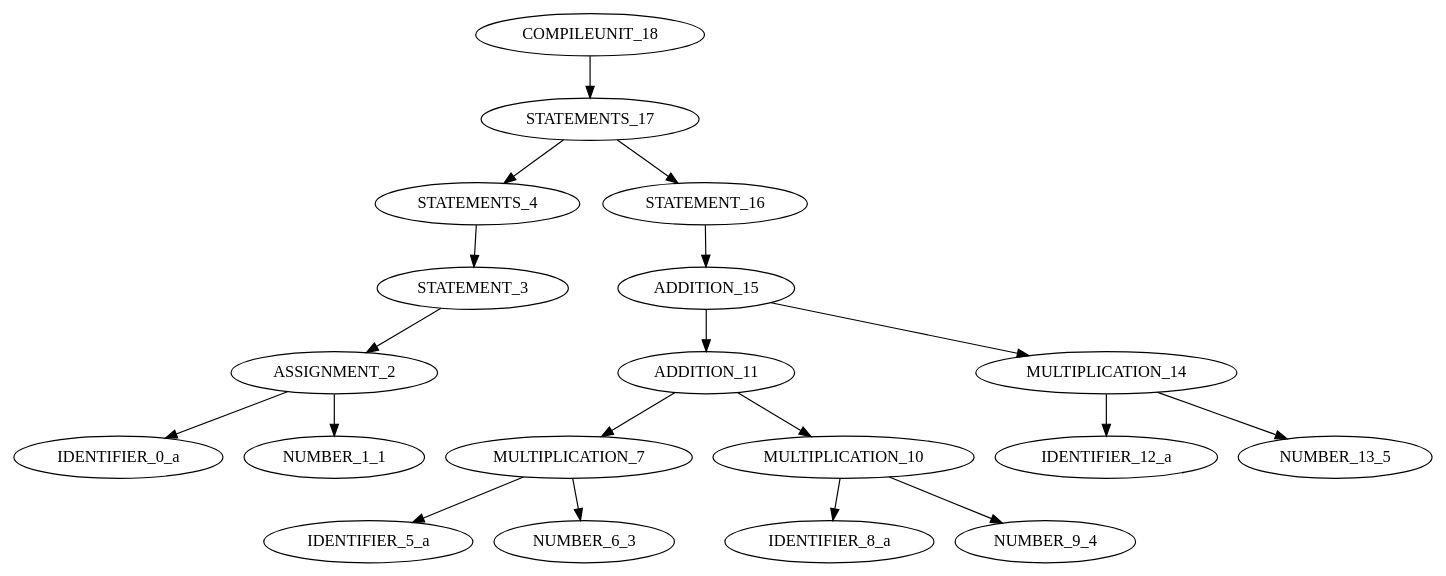
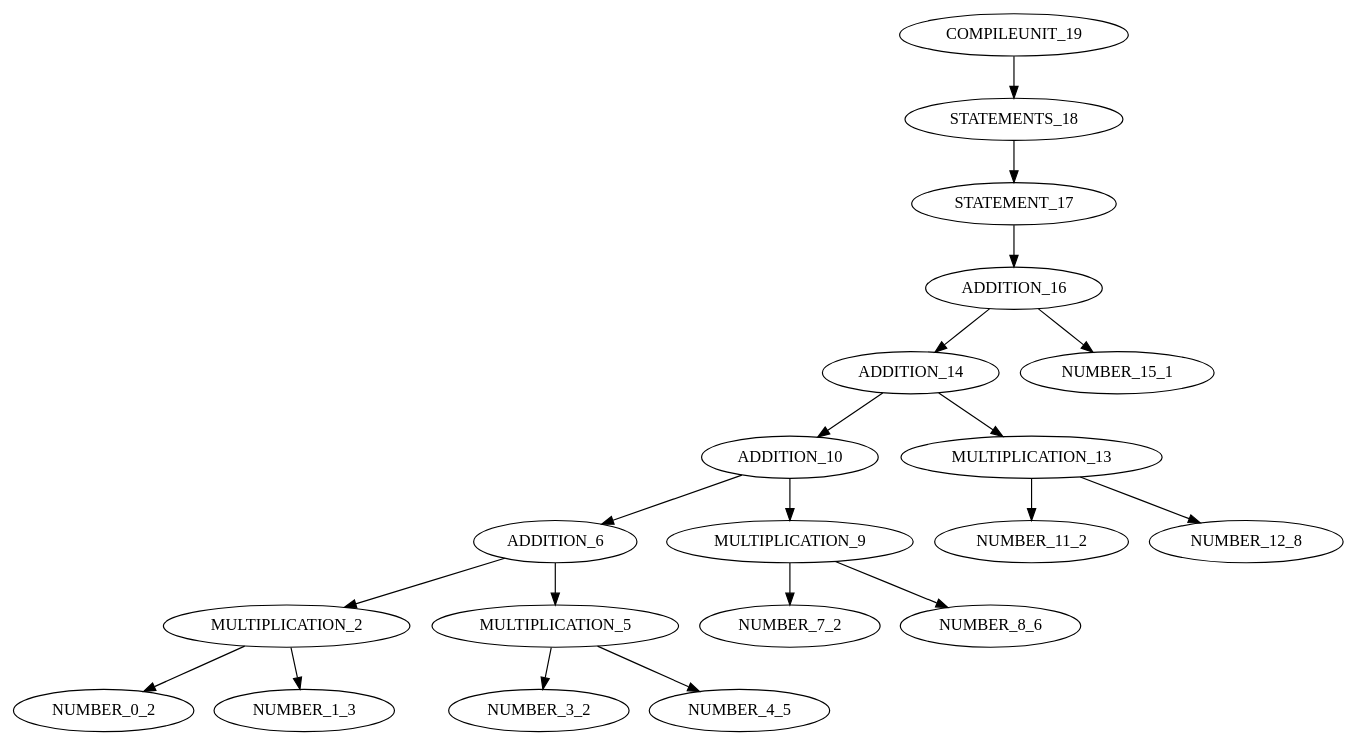
One commit to GBenakidis/Factorization-Compilers changed the diagram in stree.dot. Above: the diagram before and after it, drawn with Graphviz. The commit also changed 9 other files, not shown here.

```diff
--- a/stree.dot
+++ b/stree.dot
@@ -1,20 +1,21 @@
 digraph G{ 
-"COMPILEUNIT_18"->"STATEMENTS_17";
-"STATEMENTS_17"->"STATEMENTS_4";
-"STATEMENTS_4"->"STATEMENT_3";
-"STATEMENT_3"->"ASSIGNMENT_2";
-"ASSIGNMENT_2"->"IDENTIFIER_0_a";
-"ASSIGNMENT_2"->"NUMBER_1_1";
-"STATEMENTS_17"->"STATEMENT_16";
-"STATEMENT_16"->"ADDITION_15";
-"ADDITION_15"->"ADDITION_11";
-"ADDITION_11"->"MULTIPLICATION_7";
-"MULTIPLICATION_7"->"IDENTIFIER_5_a";
-"MULTIPLICATION_7"->"NUMBER_6_3";
-"ADDITION_11"->"MULTIPLICATION_10";
-"MULTIPLICATION_10"->"IDENTIFIER_8_a";
-"MULTIPLICATION_10"->"NUMBER_9_4";
-"ADDITION_15"->"MULTIPLICATION_14";
-"MULTIPLICATION_14"->"IDENTIFIER_12_a";
-"MULTIPLICATION_14"->"NUMBER_13_5";
+"COMPILEUNIT_19"->"STATEMENTS_18";
+"STATEMENTS_18"->"STATEMENT_17";
+"STATEMENT_17"->"ADDITION_16";
+"ADDITION_16"->"ADDITION_14";
+"ADDITION_14"->"ADDITION_10";
+"ADDITION_10"->"ADDITION_6";
+"ADDITION_6"->"MULTIPLICATION_2";
+"MULTIPLICATION_2"->"NUMBER_0_2";
+"MULTIPLICATION_2"->"NUMBER_1_3";
+"ADDITION_6"->"MULTIPLICATION_5";
+"MULTIPLICATION_5"->"NUMBER_3_2";
+"MULTIPLICATION_5"->"NUMBER_4_5";
+"ADDITION_10"->"MULTIPLICATION_9";
+"MULTIPLICATION_9"->"NUMBER_7_2";
+"MULTIPLICATION_9"->"NUMBER_8_6";
+"ADDITION_14"->"MULTIPLICATION_13";
+"MULTIPLICATION_13"->"NUMBER_11_2";
+"MULTIPLICATION_13"->"NUMBER_12_8";
+"ADDITION_16"->"NUMBER_15_1";
 }
```
